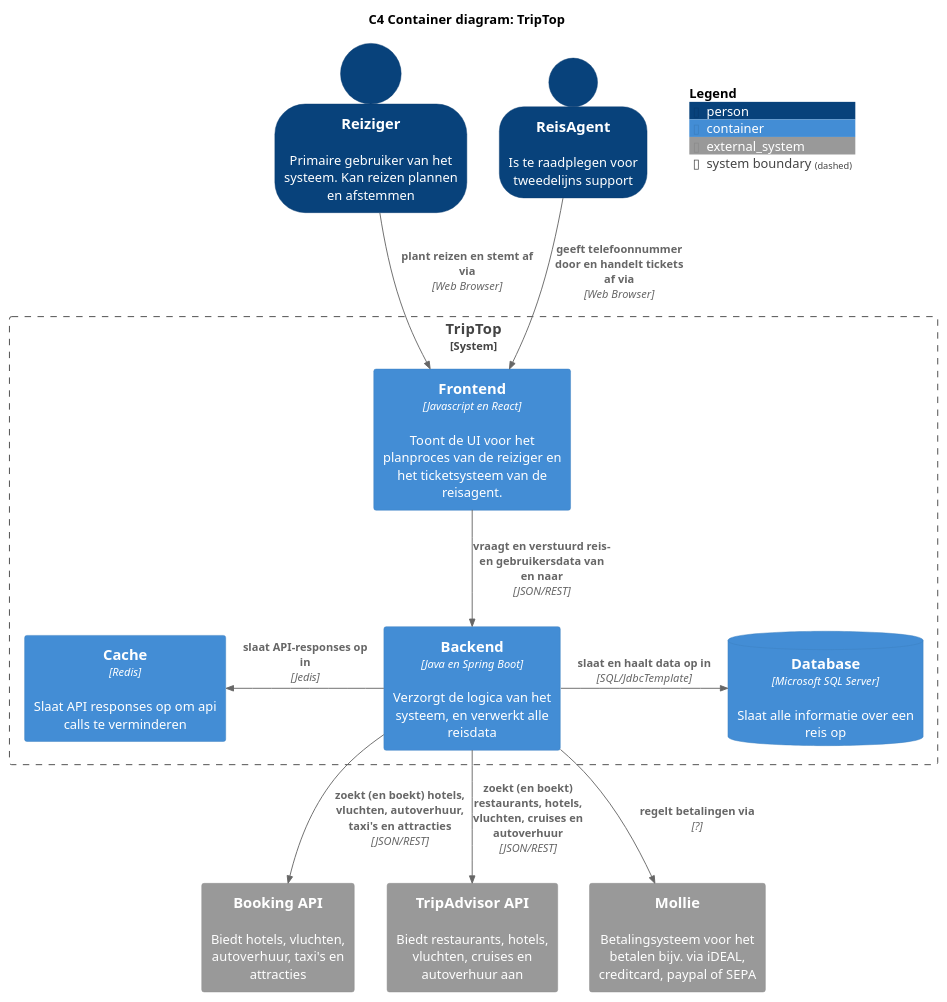
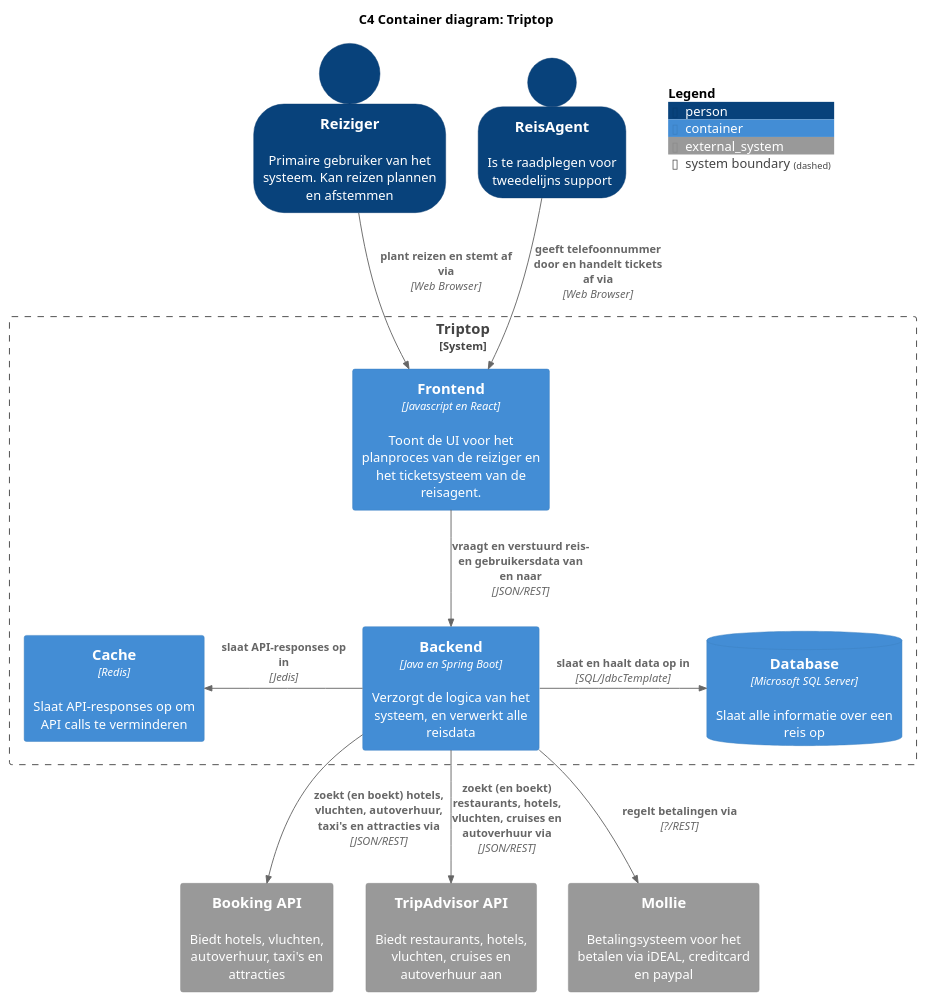
Before and after one commit to AIM-ENE-feb25/triptop-groep-4-jochem-roald-stijn-a: the diagram in software-guidebook/sgb-bestanden/container-diagram.puml, drawn with PlantUML. The commit also changed 11 other files, not shown here.

```diff
--- a/software-guidebook/sgb-bestanden/container-diagram.puml
+++ b/software-guidebook/sgb-bestanden/container-diagram.puml
@@ -1,41 +1,41 @@
 @startuml
-title C4 Container diagram: TripTop
+title C4 Container diagram: Triptop
 !include <C4/C4_Container.puml>
 
 top to bottom direction
 
 SHOW_PERSON_OUTLINE()
 
 Person(reiziger, "Reiziger", "Primaire gebruiker van het systeem. Kan reizen plannen en afstemmen")
 Person(reisagent, "ReisAgent", "Is te raadplegen voor tweedelijns support")
 
-System_Boundary(system, "TripTop") {
+System_Boundary(system, "Triptop") {
     Container(frontend, "Frontend", "Javascript en React", "Toont de UI voor het planproces van de reiziger en het ticketsysteem van de reisagent.")
     Container(backend, "Backend", "Java en Spring Boot", "Verzorgt de logica van het systeem, en verwerkt alle reisdata")
     ContainerDb(db, "Database", "Microsoft SQL Server", "Slaat alle informatie over een reis op")
-    Container(cache, "Cache", "Redis", "Slaat API responses op om api calls te verminderen")
+    Container(cache, "Cache", "Redis", "Slaat API-responses op om API calls te verminderen")
 }
 
 System_Ext(booking, "Booking API", "Biedt hotels, vluchten, autoverhuur, taxi's en attracties")
 System_Ext(tripadvisor, "TripAdvisor API", "Biedt restaurants, hotels, vluchten, cruises en autoverhuur aan")
-System_Ext(mollie, "Mollie", "Betalingsysteem voor het betalen bijv. via iDEAL, creditcard, paypal of SEPA")
+System_Ext(mollie, "Mollie", "Betalingsysteem voor het betalen via iDEAL, creditcard en paypal")
 
 ' USERS
 Rel(reiziger, frontend, "plant reizen en stemt af via", "Web Browser")
 Rel(reisagent, frontend, "geeft telefoonnummer door en handelt tickets af via", "Web Browser")
 
 ' SYSTEM
 Rel(frontend, backend, "vraagt en verstuurd reis- en gebruikersdata van en naar", "JSON/REST")
 Rel_R(backend, db, "slaat en haalt data op in", "SQL/JdbcTemplate")
 Rel_L(backend, cache, "slaat API-responses op in", "Jedis")
 
 ' EXTERNAL SYSTEMS
 ' TODO: vind de API's zodat dit kan worden ingevuld met correcte informatie
 
-Rel(backend, booking, "zoekt (en boekt) hotels, vluchten, autoverhuur, taxi's en attracties", "JSON/REST")
-Rel(backend, tripadvisor, "zoekt (en boekt) restaurants, hotels, vluchten, cruises en autoverhuur", "JSON/REST")
-Rel(backend, mollie, "regelt betalingen via", "?")
+Rel(backend, booking, "zoekt (en boekt) hotels, vluchten, autoverhuur, taxi's en attracties via", "JSON/REST")
+Rel(backend, tripadvisor, "zoekt (en boekt) restaurants, hotels, vluchten, cruises en autoverhuur via", "JSON/REST")
+Rel(backend, mollie, "regelt betalingen via", "?/REST")
 
 SHOW_FLOATING_LEGEND()
 
 @enduml
```
